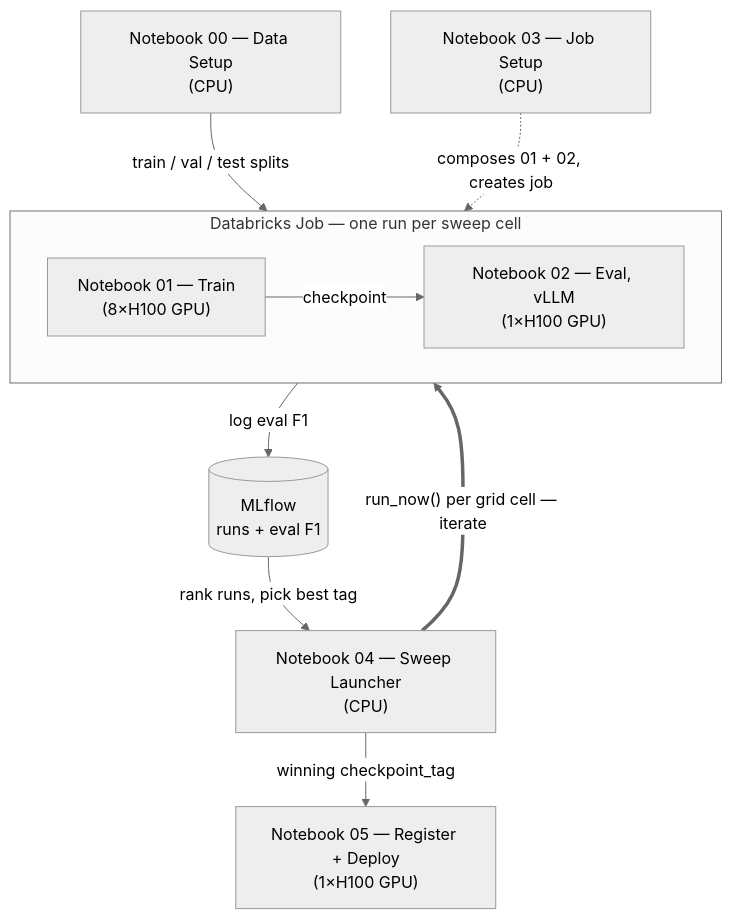
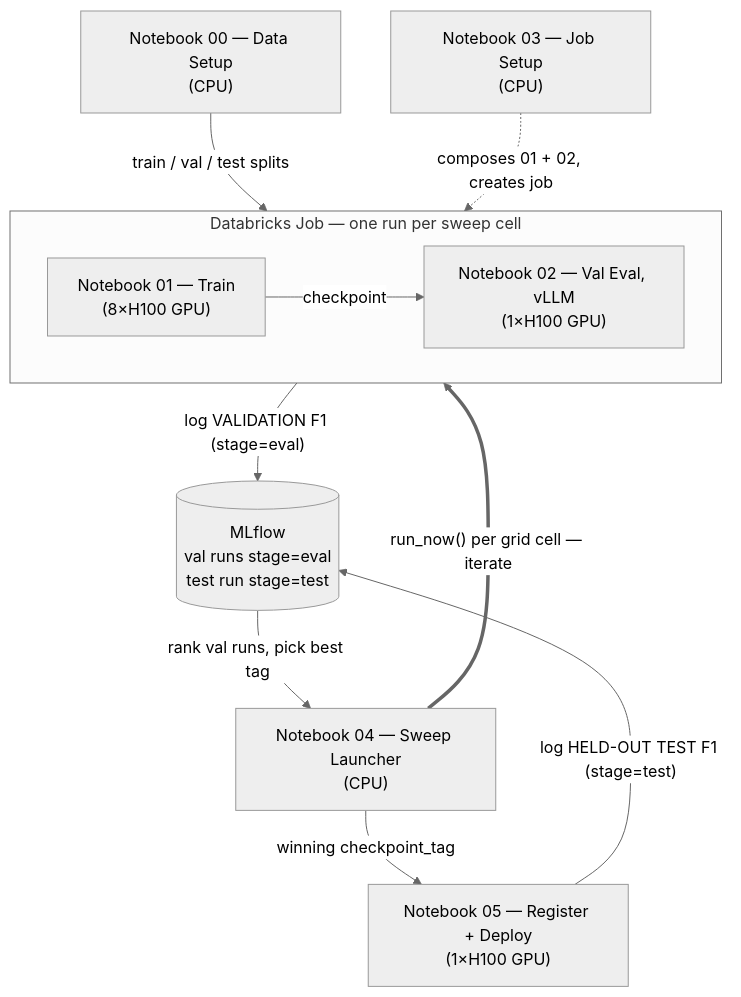
One commit to qian-yu-db/databricks-AIRuntime-FT-workflows changed the diagram in LLM_finetuning_workflow/notebooks/README.md. Above: the diagram before and after it, drawn with Mermaid (neutral theme). The commit also changed other lines of this file and 11 other files, not shown here.

````diff
--- a/LLM_finetuning_workflow/notebooks/README.md
+++ b/LLM_finetuning_workflow/notebooks/README.md
@@ -11,23 +11,24 @@
 ```mermaid
 flowchart TB
     N00["Notebook 00 — Data Setup<br/>(CPU)"]
     N03["Notebook 03 — Job Setup<br/>(CPU)"]
     N04["Notebook 04 — Sweep Launcher<br/>(CPU)"]
     N05["Notebook 05 — Register + Deploy<br/>(1×H100 GPU)"]
 
     subgraph JOB["Databricks Job — one run per sweep cell"]
         direction LR
         N01["Notebook 01 — Train<br/>(8×H100 GPU)"]
-        N02["Notebook 02 — Eval, vLLM<br/>(1×H100 GPU)"]
+        N02["Notebook 02 — Val Eval, vLLM<br/>(1×H100 GPU)"]
         N01 -->|"checkpoint"| N02
     end
 
-    MLF[("MLflow<br/>runs + eval F1")]
+    MLF[("MLflow<br/>val runs stage=eval<br/>test run stage=test")]
 
     N00 -->|"train / val / test splits"| N01
     N03 -.->|"composes 01 + 02, creates job"| JOB
     N04 ==>|"run_now() per grid cell — iterate"| JOB
-    N02 -->|"log eval F1"| MLF
-    MLF -->|"rank runs, pick best tag"| N04
+    N02 -->|"log VALIDATION F1 (stage=eval)"| MLF
+    MLF -->|"rank val runs, pick best tag"| N04
     N04 -->|"winning checkpoint_tag"| N05
+    N05 -->|"log HELD-OUT TEST F1 (stage=test)"| MLF
 ```
````
